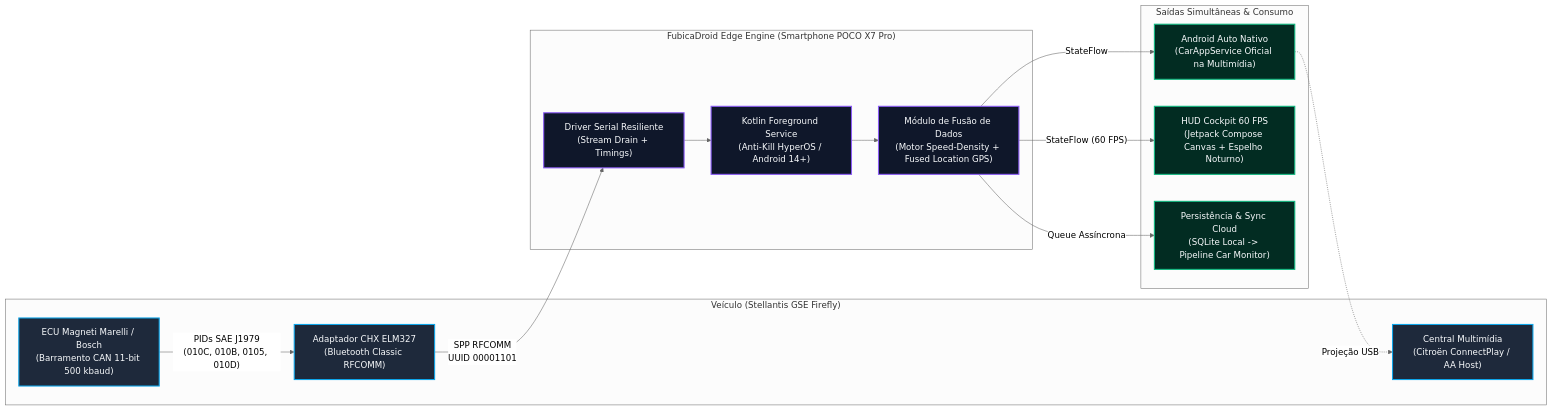
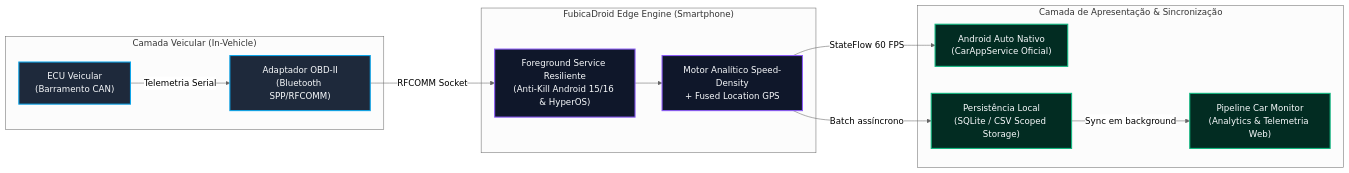
Before and after one commit to andersonrgs/FubicaDroid-Showcase: the diagram in README.md, drawn with Mermaid (neutral theme). The commit also changed other lines of this file and 3 other files, not shown here.

Commit message:
security: audit and shield architectural showcase (all rights reserved, closed core)

````diff
--- a/README.md
+++ b/README.md
@@ -30,38 +52,34 @@
 ```mermaid
 flowchart LR
-    subgraph VEICULO["Veículo (Stellantis GSE Firefly)"]
-        ECU["ECU Magneti Marelli / Bosch\n(Barramento CAN 11-bit 500 kbaud)"]
-        OBD["Adaptador CHX ELM327\n(Bluetooth Classic RFCOMM)"]
-        MULTIMIDIA["Central Multimídia\n(Citroën ConnectPlay / AA Host)"]
-        ECU -->|"PIDs SAE J1979\n(010C, 010B, 0105, 010D)"| OBD
+    subgraph IN_VEHICLE["Camada Veicular (In-Vehicle)"]
+        ECU["ECU Veicular\n(Barramento CAN)"]
+        OBD["Adaptador OBD-II\n(Bluetooth SPP/RFCOMM)"]
+        ECU -->|"Telemetria Serial"| OBD
     end
 
-    subgraph ENGINE["FubicaDroid Edge Engine (Smartphone POCO X7 Pro)"]
-        FGS["Kotlin Foreground Service\n(Anti-Kill HyperOS / Android 14+)"]
-        DRIVER["Driver Serial Resiliente\n(Stream Drain + Timings)"]
-        FUSAO["Módulo de Fusão de Dados\n(Motor Speed-Density + Fused Location GPS)"]
+    subgraph EDGE["FubicaDroid Edge Engine (Smartphone)"]
+        FGS["Foreground Service Resiliente\n(Anti-Kill Android 15/16 & HyperOS)"]
+        ENGINE["Motor Analítico Speed-Density\n+ Fused Location GPS"]
         
-        OBD -->|"SPP RFCOMM\nUUID 00001101"| DRIVER
-        DRIVER --> FGS
-        FGS --> FUSAO
+        OBD -->|"RFCOMM Socket"| FGS
+        FGS --> ENGINE
     end
 
-    subgraph SAIDAS["Saídas Simultâneas & Consumo"]
-        AA["Android Auto Nativo\n(CarAppService Oficial na Multimídia)"]
-        HUD["HUD Cockpit 60 FPS\n(Jetpack Compose Canvas + Espelho Noturno)"]
-        SYNC["Persistência & Sync Cloud\n(SQLite Local -> Pipeline Car Monitor)"]
+    subgraph OUTPUTS["Camada de Apresentação & Sincronização"]
+        AA["Android Auto Nativo\n(CarAppService Oficial)"]
+        STORAGE["Persistência Local\n(SQLite / CSV Scoped Storage)"]
+        CLOUD["Pipeline Car Monitor\n(Analytics & Telemetria Web)"]
         
-        FUSAO -->|"StateFlow"| AA
-        FUSAO -->|"StateFlow (60 FPS)"| HUD
-        FUSAO -->|"Queue Assíncrona"| SYNC
-        AA -.->|"Projeção USB"| MULTIMIDIA
+        ENGINE -->|"StateFlow 60 FPS"| AA
+        ENGINE -->|"Batch assíncrono"| STORAGE
+        STORAGE -->|"Sync em background"| CLOUD
     end
 
     classDef car fill:#1e293b,stroke:#0ea5e9,stroke-width:2px,color:#f8fafc;
-    classDef engine fill:#0f172a,stroke:#8b5cf6,stroke-width:2px,color:#f8fafc;
+    classDef edge fill:#0f172a,stroke:#8b5cf6,stroke-width:2px,color:#f8fafc;
     classDef out fill:#022c22,stroke:#10b981,stroke-width:2px,color:#f8fafc;
 
-    class ECU,OBD,MULTIMIDIA car;
-    class FGS,DRIVER,FUSAO engine;
-    class AA,HUD,SYNC out;
+    class ECU,OBD car;
+    class FGS,ENGINE edge;
+    class AA,STORAGE,CLOUD out;
 ```
````
